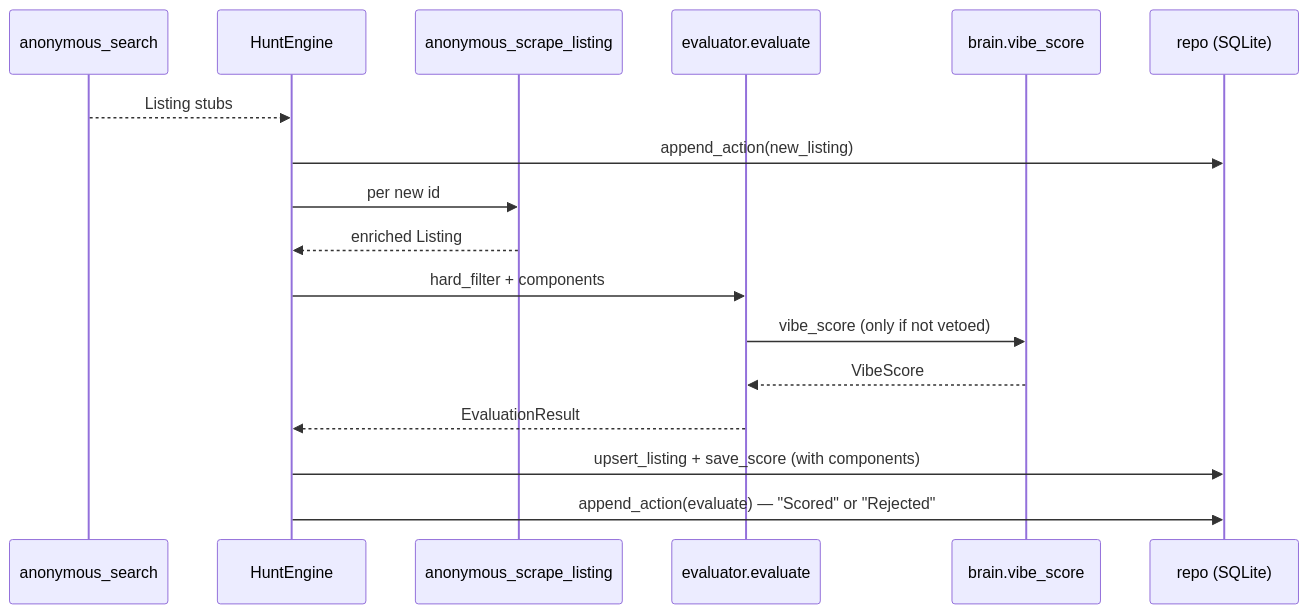
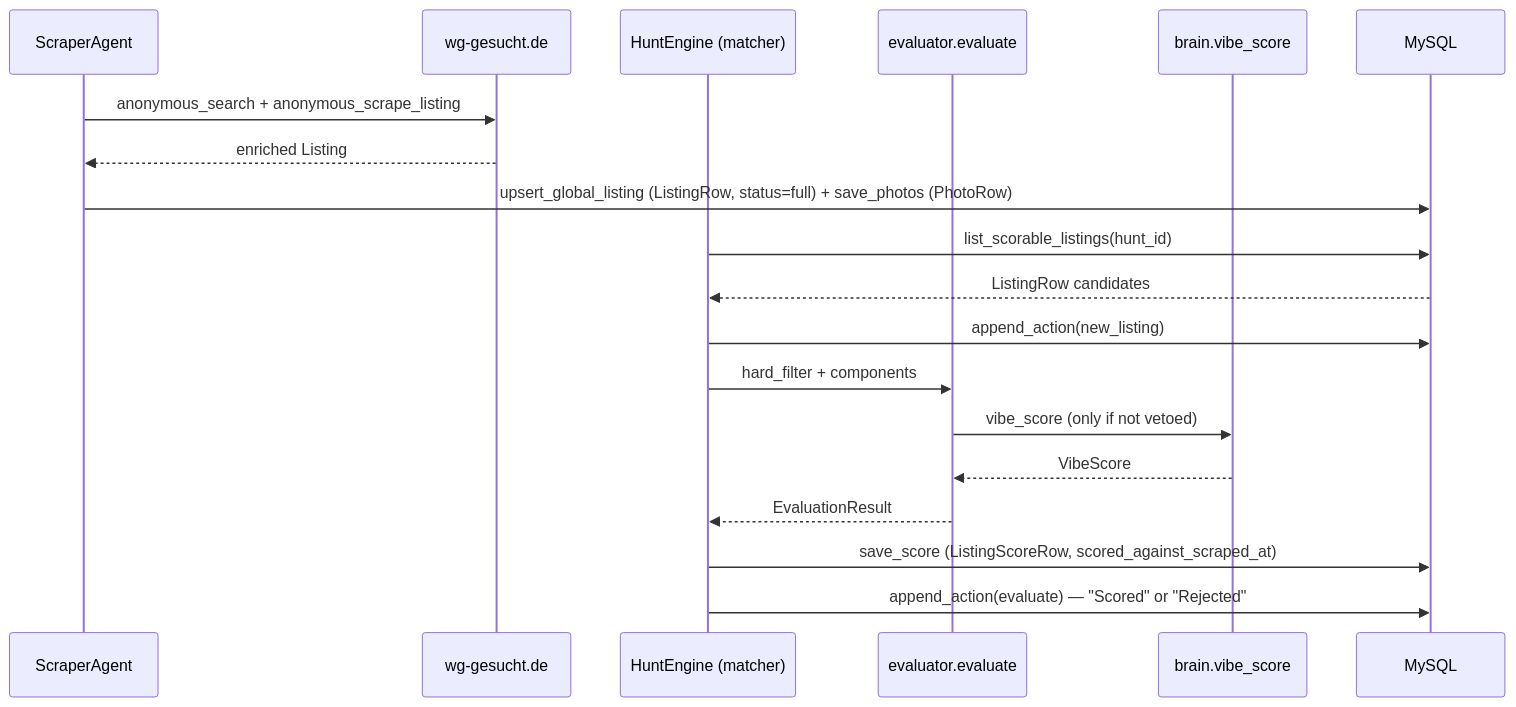
One commit to v-ya-ch-e/tumai-makeathon-2026 changed the third of 3 diagrams in docs/DATA_MODEL.md. Above: the diagram before and after it, drawn with Mermaid. The commit also changed other lines of this file and 35 other files, not shown here.

First line of the commit message:
refactor(backend): split scraper into its own container, move to MySQL, drop Alembic

````diff
--- a/docs/DATA_MODEL.md
+++ b/docs/DATA_MODEL.md
@@ -416,20 +449,23 @@
 ```mermaid
 sequenceDiagram
-  participant Search as anonymous_search
-  participant Engine as HuntEngine
-  participant Scrape as anonymous_scrape_listing
+  participant SA as ScraperAgent
+  participant WG as wg-gesucht.de
+  participant Engine as HuntEngine (matcher)
   participant Evaluator as evaluator.evaluate
   participant Brain as brain.vibe_score
-  participant DB as repo (SQLite)
+  participant DB as MySQL
 
-  Search-->>Engine: Listing stubs
+  SA->>WG: anonymous_search + anonymous_scrape_listing
+  WG-->>SA: enriched Listing
+  SA->>DB: upsert_global_listing (ListingRow, status=full) + save_photos (PhotoRow)
+
+  Engine->>DB: list_scorable_listings(hunt_id)
+  DB-->>Engine: ListingRow candidates
   Engine->>DB: append_action(new_listing)
-  Engine->>Scrape: per new id
-  Scrape-->>Engine: enriched Listing
   Engine->>Evaluator: hard_filter + components
   Evaluator->>Brain: vibe_score (only if not vetoed)
   Brain-->>Evaluator: VibeScore
   Evaluator-->>Engine: EvaluationResult
-  Engine->>DB: upsert_listing + save_score (with components)
+  Engine->>DB: save_score (ListingScoreRow, scored_against_scraped_at)
   Engine->>DB: append_action(evaluate) — "Scored" or "Rejected"
 ```
````
